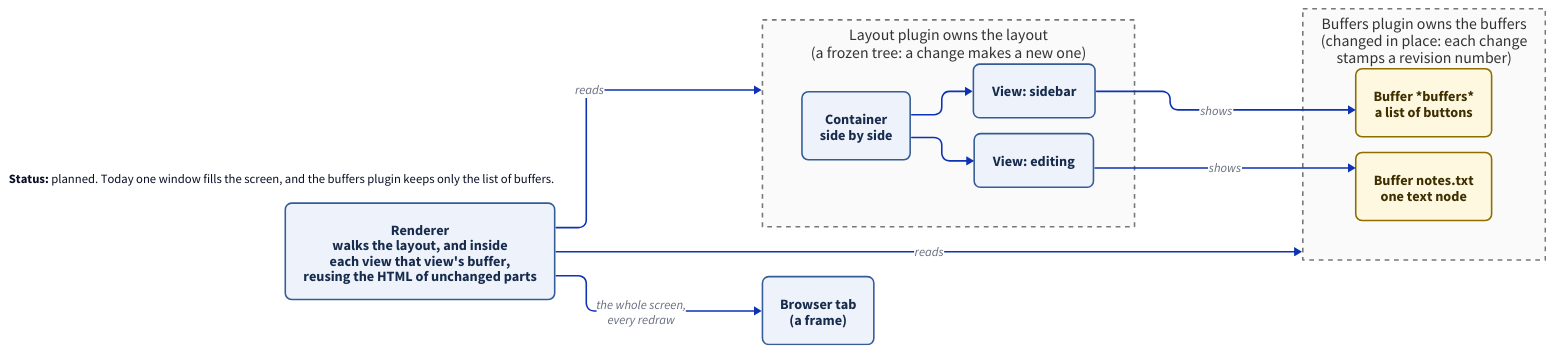
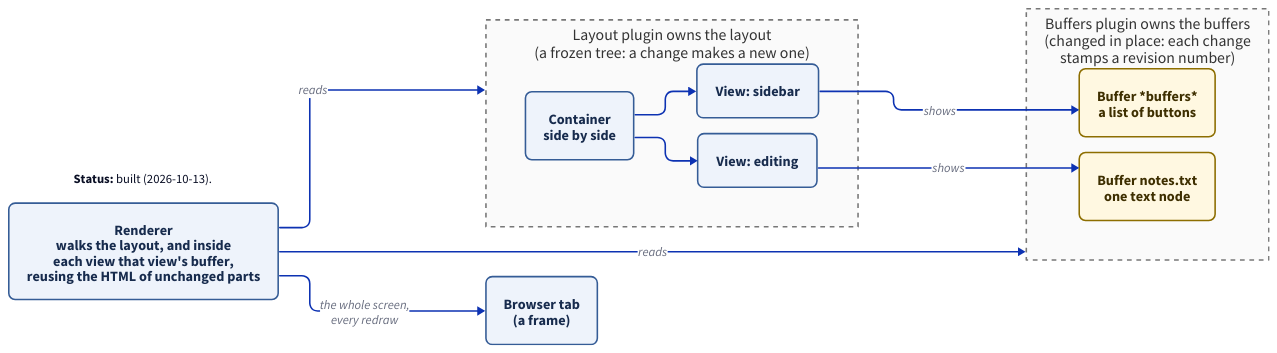
Before and after one commit to jaybonthius/tuna: the diagram in docs/diagrams/screen-owners.d2, drawn with D2. The commit also changed 13 other files, not shown here.

```diff
--- a/docs/diagrams/screen-owners.d2
+++ b/docs/diagrams/screen-owners.d2
@@ -1,66 +1,66 @@
 # Who owns what you see: the layout and the buffers
 vars: {
   d2-config: {
     layout-engine: elk
     theme-id: 0
   }
 }
 direction: right
 
 classes: {
   box: {
     style: {
       fill: "#eef3fb"
       stroke: "#355c96"
       font-color: "#172b4d"
       border-radius: 8
       font-size: 18
     }
   }
   buf: {
     style: {
       fill: "#fff8e1"
       stroke: "#8d6e00"
       font-color: "#3e2f00"
       border-radius: 8
       font-size: 18
     }
   }
   owner: {
     style: {
       fill: "#fafafa"
       stroke: "#777777"
       font-color: "#333333"
       font-size: 20
       stroke-dash: 3
     }
   }
 }
 
 legend: |md
-  **Status:** planned. Today one window fills the screen, and the buffers plugin keeps only the list of buffers.
+  **Status:** built (2026-10-13).
 |
 
 layout: "Layout plugin owns the layout\n(a frozen tree: a change makes a new one)" {
   class: owner
   root: "Container\nside by side" {class: box}
   side: "View: sidebar" {class: box}
   main: "View: editing" {class: box}
   root -> side
   root -> main
 }
 
 buffers: "Buffers plugin owns the buffers\n(changed in place: each change\nstamps a revision number)" {
   class: owner
   list: "Buffer *buffers*\na list of buttons" {class: buf}
   notes: "Buffer notes.txt\none text node" {class: buf}
 }
 
 renderer: "Renderer\nwalks the layout, and inside\neach view that view's buffer,\nreusing the HTML of unchanged parts" {class: box}
 tab: "Browser tab\n(a frame)" {class: box}
 
 layout.side -> buffers.list: shows
 layout.main -> buffers.notes: shows
 renderer -> layout: reads
 renderer -> buffers: reads
 renderer -> tab: "the whole screen,\nevery redraw"
```
